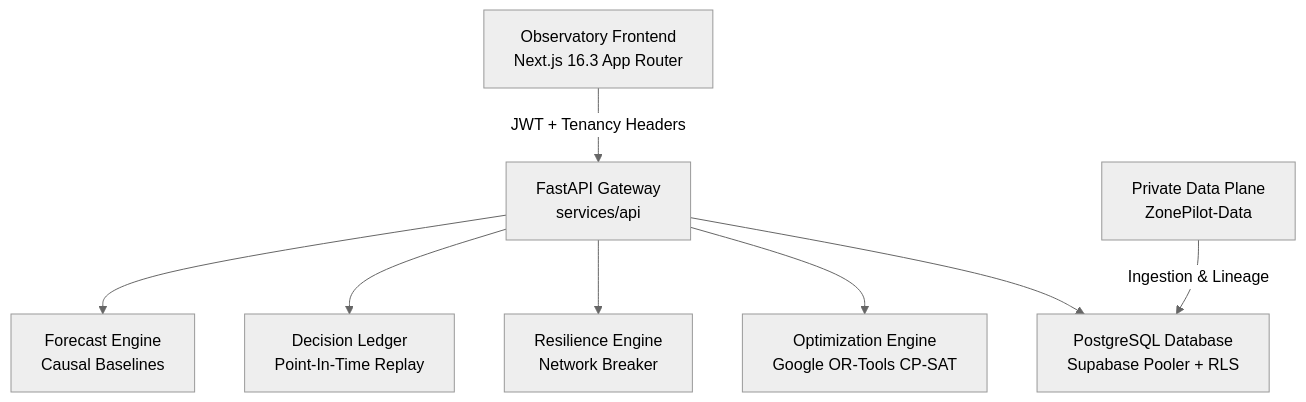
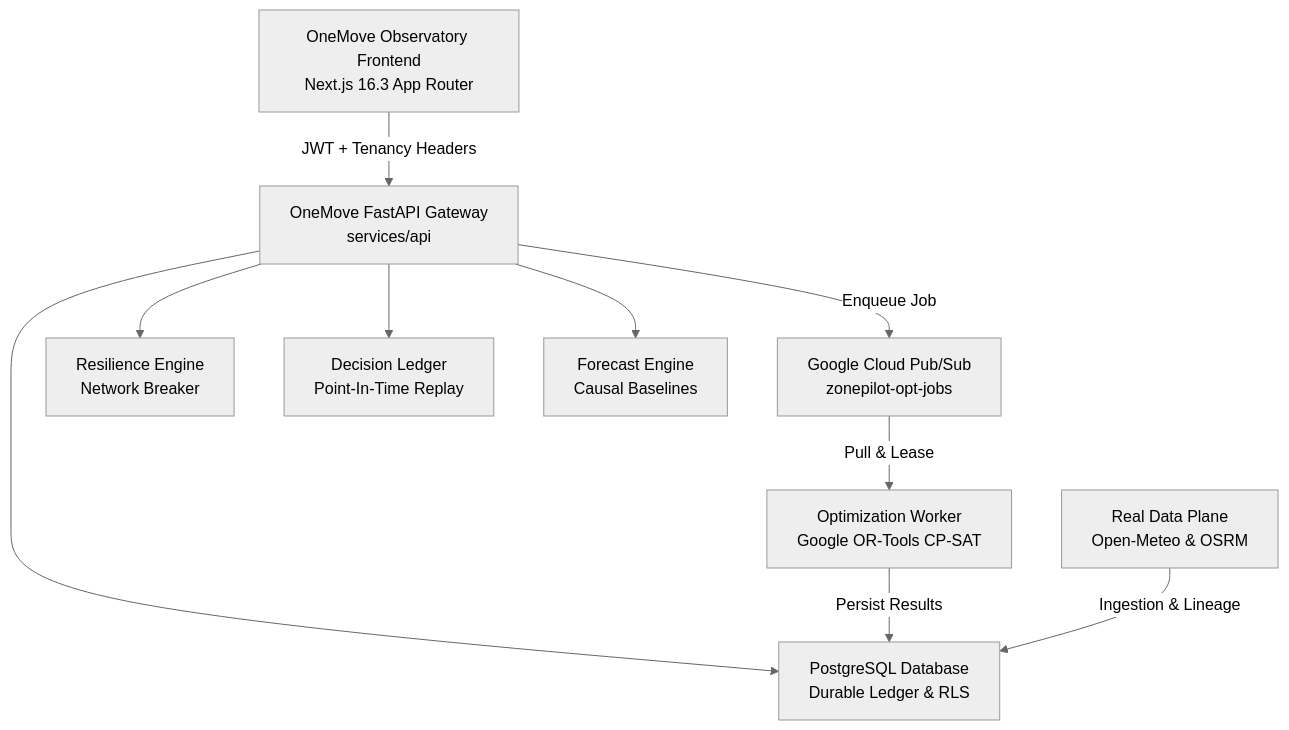
Before and after one commit to MANEESHREDDYD/OneMove: the diagram in README.md, drawn with Mermaid (neutral theme). The commit also changed other lines of this file and 11 other files, not shown here.

Commit message:
feat(brand): lock canonical product identity to OneMove and publish 17-agent contracts and ownership (#33)

````diff
--- a/README.md
+++ b/README.md
@@ -17,10 +20,12 @@
 ```mermaid
 graph TD
-    A[Observatory Frontend<br/>Next.js 16.3 App Router] -->|JWT + Tenancy Headers| B[FastAPI Gateway<br/>services/api]
-    B --> C[PostgreSQL Database<br/>Supabase Pooler + RLS]
-    B --> D[Optimization Engine<br/>Google OR-Tools CP-SAT]
-    B --> E[Resilience Engine<br/>Network Breaker]
-    B --> F[Decision Ledger<br/>Point-In-Time Replay]
-    B --> G[Forecast Engine<br/>Causal Baselines]
-    H[Private Data Plane<br/>ZonePilot-Data] -->|Ingestion & Lineage| C
+    A[OneMove Observatory Frontend<br/>Next.js 16.3 App Router] -->|JWT + Tenancy Headers| B[OneMove FastAPI Gateway<br/>services/api]
+    B --> C[PostgreSQL Database<br/>Durable Ledger & RLS]
+    B -->|Enqueue Job| D[Google Cloud Pub/Sub<br/>zonepilot-opt-jobs]
+    D -->|Pull & Lease| E[Optimization Worker<br/>Google OR-Tools CP-SAT]
+    E -->|Persist Results| C
+    B --> F[Resilience Engine<br/>Network Breaker]
+    B --> G[Decision Ledger<br/>Point-In-Time Replay]
+    B --> H[Forecast Engine<br/>Causal Baselines]
+    I[Real Data Plane<br/>Open-Meteo & OSRM] -->|Ingestion & Lineage| C
 ```
````
